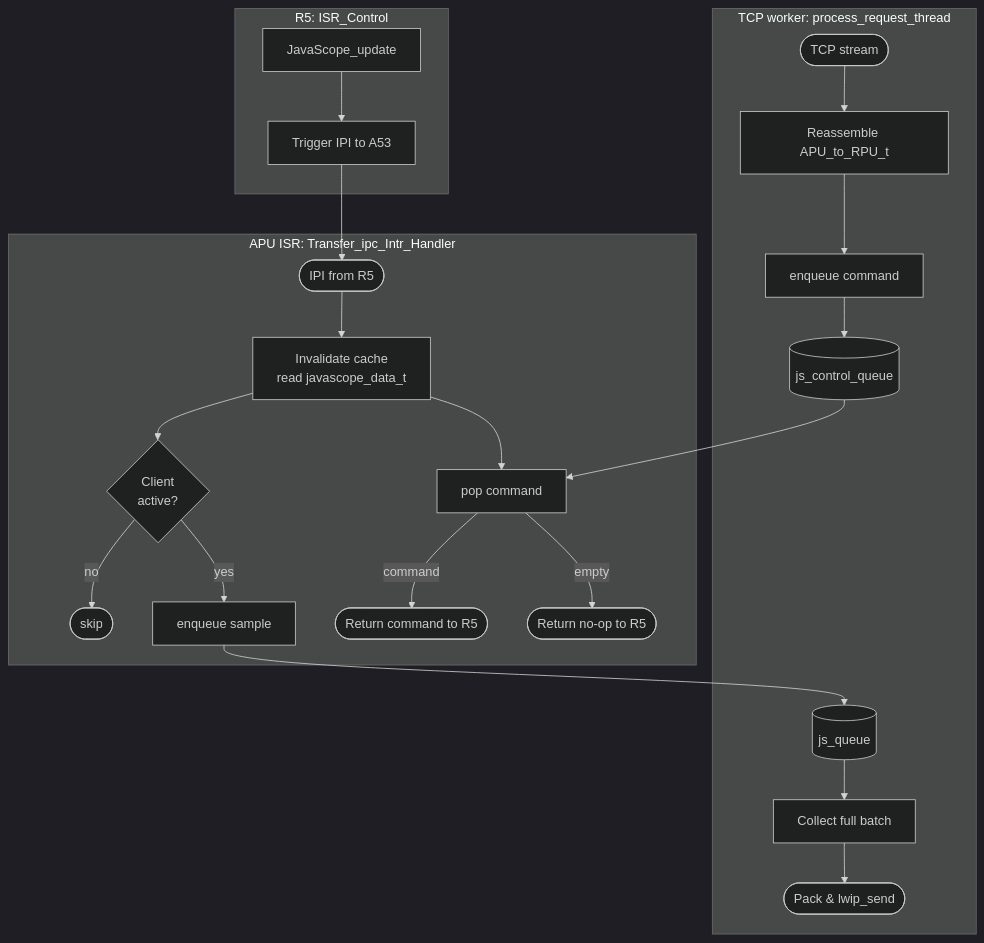
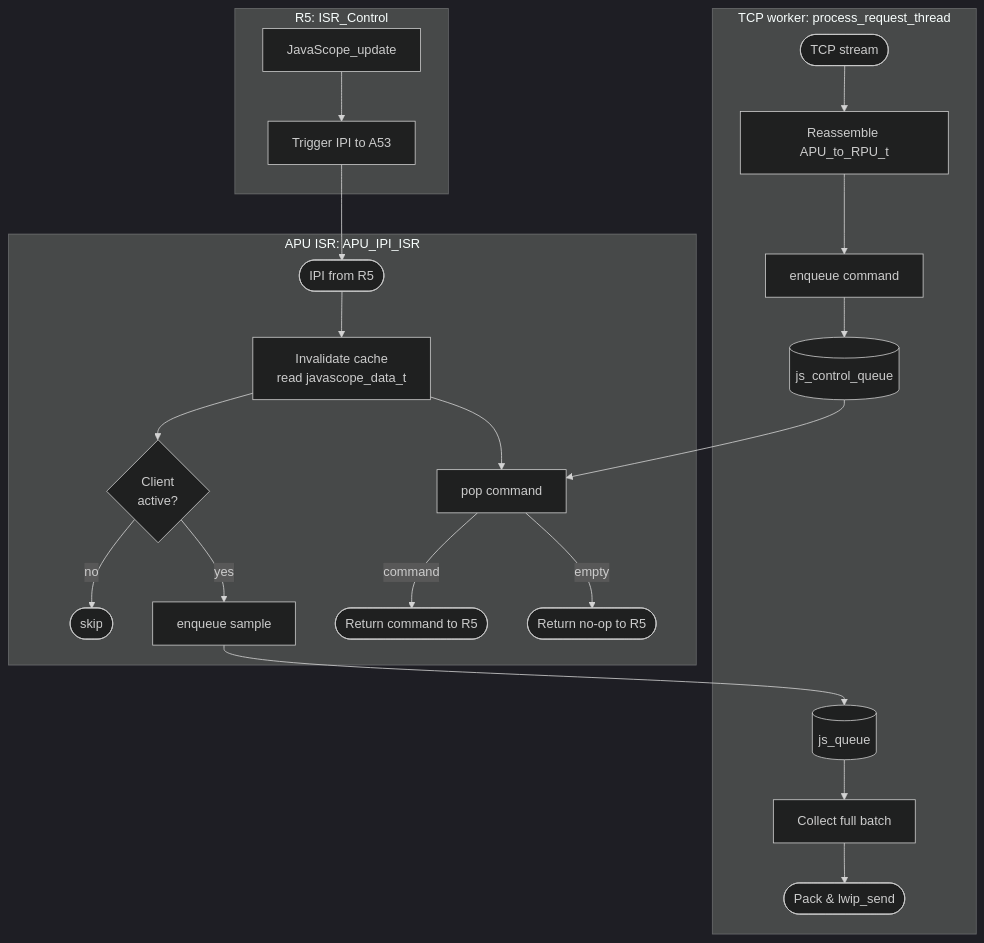
The diagram in docs/source/guide/apu_software/datamover_a53.rst (ultrazohm/ultrazohm_sw), drawn with Mermaid (dark theme) before and after one commit. The commit also changed other lines of this file and 5 other files, not shown here.

Commit message:
rename Transfer_ipc_Intr_Handler -> APU_IPI_ISR

```diff
--- a/docs/source/guide/apu_software/datamover_a53.rst
+++ b/docs/source/guide/apu_software/datamover_a53.rst
@@ -10,30 +10,30 @@
 .. mermaid::
     :align: center
     :caption: A53-side view of the data mover
 
     graph TB
       subgraph R5ISR["R5: ISR_Control"]
           r5update[JavaScope_update] --> r5ipi[Trigger IPI to A53]
       end
 
-      subgraph ISR["APU ISR: Transfer_ipc_Intr_Handler"]
+      subgraph ISR["APU ISR: APU_IPI_ISR"]
           ipi([IPI from R5]) --> read[Invalidate cache\nread javascope_data_t]
           read --> check{Client\nactive?}
           check -- no --> drop([skip])
           check -- yes --> enq[enqueue sample]
           read --> pop[pop command]
           pop -- command --> reply([Return command to R5])
           pop -- empty --> nop([Return no-op to R5])
       end
 
       r5ipi --> ipi
       enq --> jsQ[(js_queue)]
       ctrlQ[(js_control_queue)] --> pop
 
       subgraph TCP["TCP worker: process_request_thread"]
           jsQ --> batch[Collect full batch]
           batch --> send([Pack & lwip_send])
           tcpIn([TCP stream]) --> asm[Reassemble APU_to_RPU_t]
           asm --> push[enqueue command]
           push --> ctrlQ
       end
```
